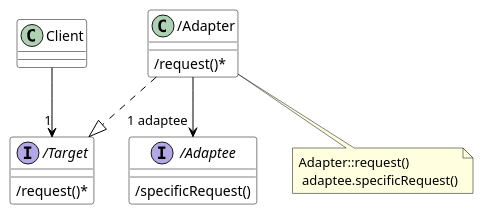
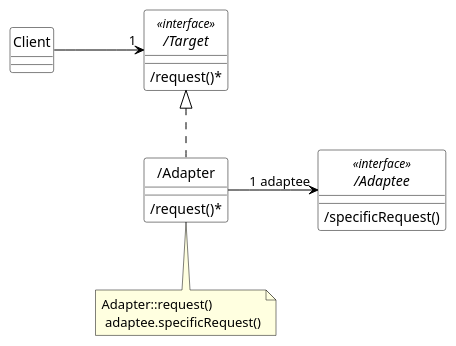
The diagram in resources/plantuml/object-adapter.puml (sunye/software-patterns), drawn with PlantUML before and after one commit. The commit also changed 5 other files, not shown here.

```diff
--- a/resources/plantuml/object-adapter.puml
+++ b/resources/plantuml/object-adapter.puml
@@ -1,39 +1,43 @@
-@startuml class-adapter
+@startuml object-adapter
 
+' left to right direction
+
+hide circle
 
 skinparam class {
     BackgroundColor white
     ArrowColor black
     BorderColor black
 }
 
 skinparam note {
     BackgroundColor lightyellow
     ArrowColor black
     BorderColor black
 }
 
+skinparam nodesep 90
+
 class Client{
 }
 
-interface /Target {
+interface /Target <<interface>> {
     /request()*
 }
 
 class /Adapter {
     /request()*
 }
 
-interface /Adaptee {
+interface /Adaptee <<interface>> {
     /specificRequest()
 }
-Client --> "1" "/Target"
 
 
-"/Adapter" ..|> "/Target"
-
-"/Adapter" --> "1 adaptee" "/Adaptee"
+Client -right-> "1" "/Target"
+"/Adapter" .up.|> "/Target"
+"/Adapter" -right-> "1 adaptee" "/Adaptee"
 
 note bottom of "/Adapter": Adapter::request()\n adaptee.specificRequest()
 
 @enduml
```
